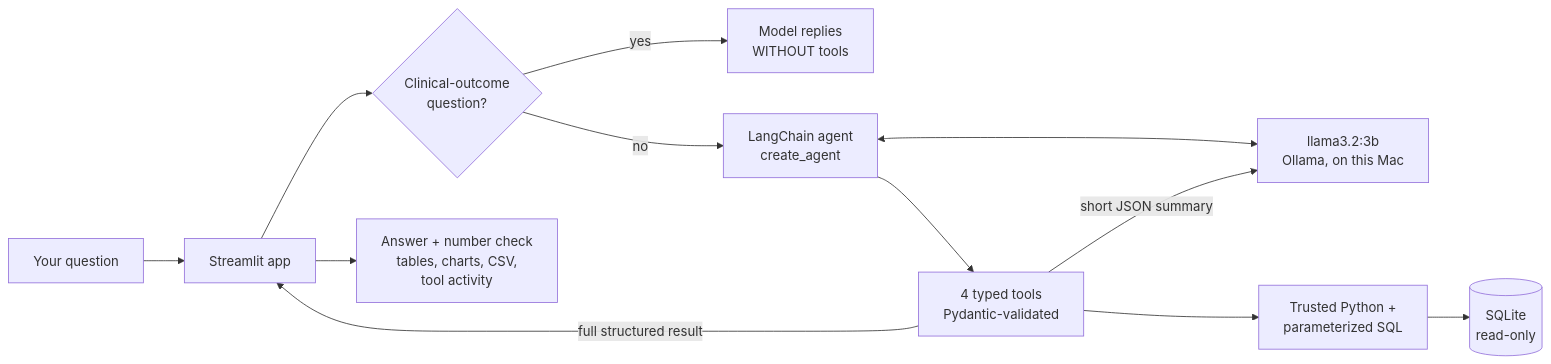
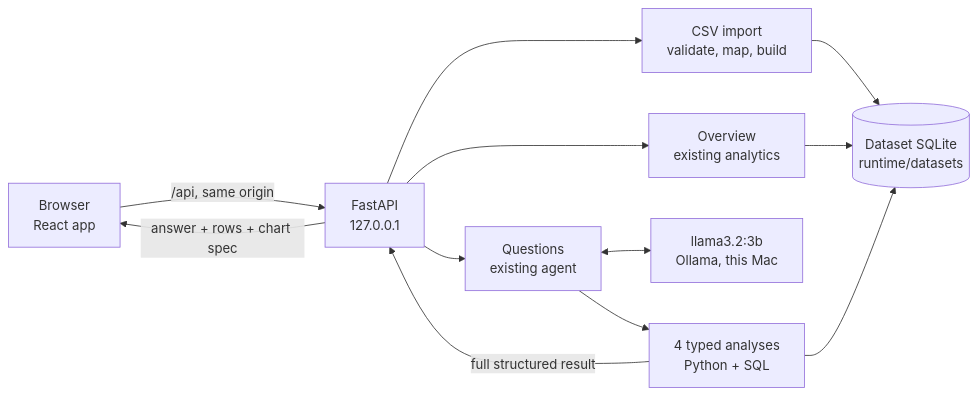
Before and after one commit to Sravya-web/MolarMetrics: the diagram in README.md, drawn with Mermaid. The commit also changed other lines of this file and 19 other files, not shown here.

````diff
--- a/README.md
+++ b/README.md
@@ -70,14 +203,14 @@
 ```mermaid
 flowchart LR
-    Q[Your question] --> UI[Streamlit app]
-    UI --> SC{Clinical-outcome<br/>question?}
-    SC -- yes --> NT[Model replies<br/>WITHOUT tools]
-    SC -- no --> AG[LangChain agent<br/>create_agent]
-    AG <--> LLM[llama3.2:3b<br/>Ollama, on this Mac]
-    AG --> TL[4 typed tools<br/>Pydantic-validated]
-    TL --> PY[Trusted Python +<br/>parameterized SQL]
-    PY --> DB[(SQLite<br/>read-only)]
-    TL -- short JSON summary --> LLM
-    TL -- full structured result --> UI
-    UI --> OUT[Answer + number check<br/>tables, charts, CSV,<br/>tool activity]
+    B[Browser<br/>React app] -->|/api, same origin| A[FastAPI<br/>127.0.0.1]
+    A --> I[CSV import<br/>validate, map, build]
+    I --> D[(Dataset SQLite<br/>runtime/datasets)]
+    A --> O[Overview<br/>existing analytics]
+    O --> D
+    A --> Q[Questions<br/>existing agent]
+    Q <--> M[llama3.2:3b<br/>Ollama, this Mac]
+    Q --> T[4 typed analyses<br/>Python + SQL]
+    T --> D
+    T -- full structured result --> A
+    A -- answer + rows + chart spec --> B
 ```
````
